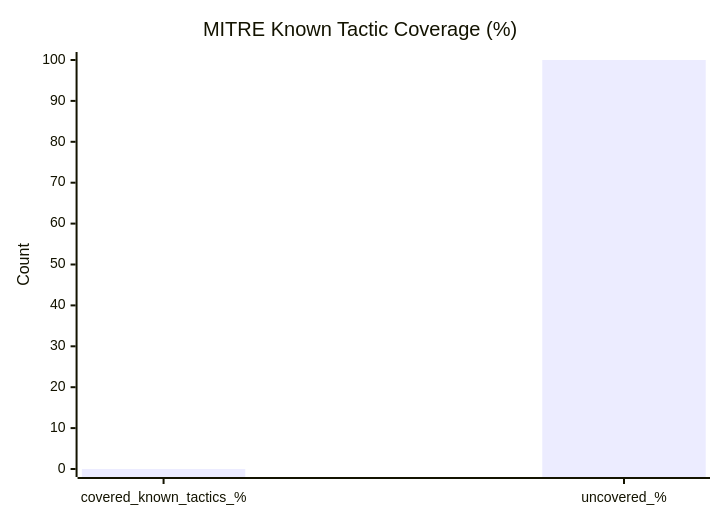
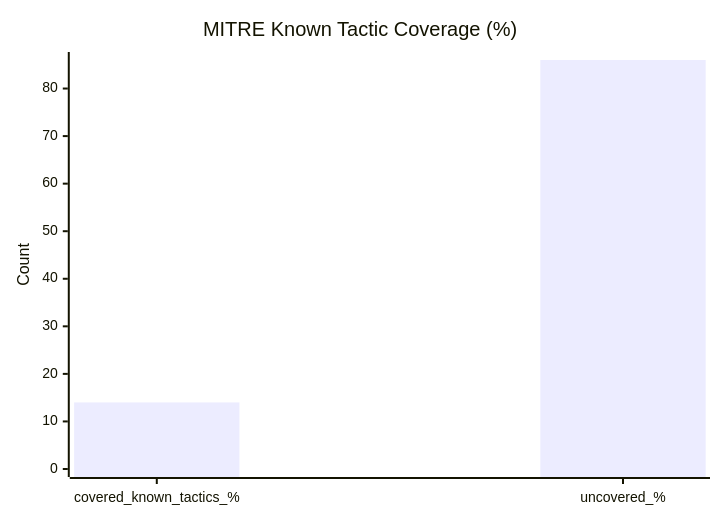
Before and after one commit to SWolfSec/Threat-Hunting-As-Code: the third of 4 diagrams in docs/dashboard.md, drawn with Mermaid. The commit also changed other lines of this file and 2 other files, not shown here.

````diff
--- a/docs/dashboard.md
+++ b/docs/dashboard.md
@@ -38,7 +50,7 @@
 ```mermaid
 xychart-beta
     title "MITRE Known Tactic Coverage (%)"
     x-axis ["covered_known_tactics_%", "uncovered_%"]
-    y-axis "Count" 0 --> 100
-    bar [0, 100]
+    y-axis "Count" 0 --> 86
+    bar [14, 86]
 ```
````
